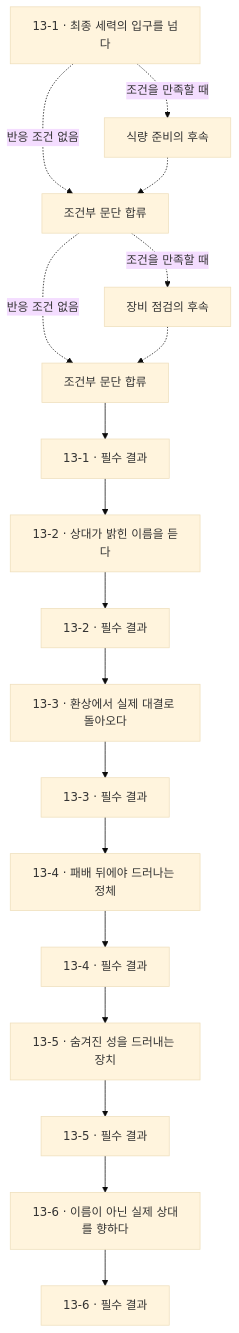
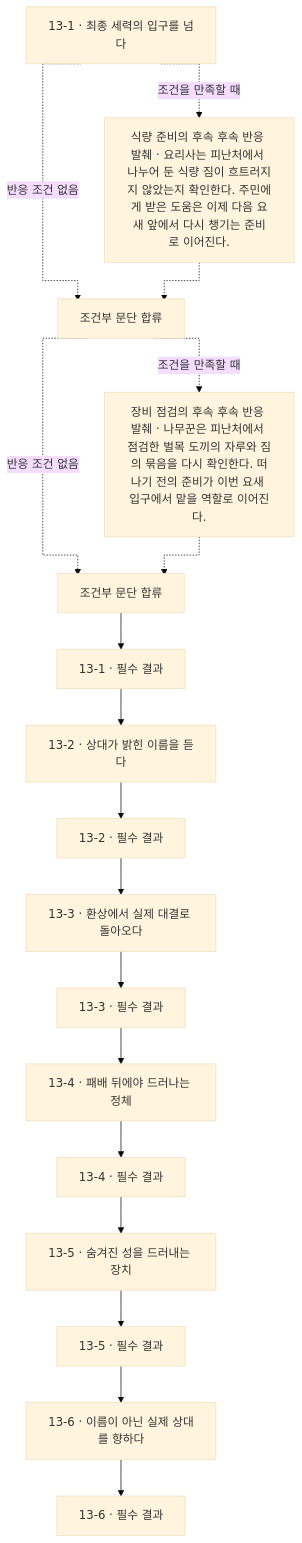
Diagram 15 of 17 in novel/writing/publication/generated/flow.md (obmaz/lore), drawn with Mermaid (base theme) before and after one commit. The commit also changed other lines of this file and 20 other files, not shown here.

Commit message:
Show branch outcomes and route graph memory links orthogonally

````diff
--- a/novel/writing/publication/generated/flow.md
+++ b/novel/writing/publication/generated/flow.md
@@ -667,36 +681,37 @@
 ```mermaid
+%%{init: {"flowchart": {"curve": "stepAfter"}}}%%
 flowchart TB
   n81d8bac32a590360["13-1 · 최종 세력의 입구를 넘다"]
-  n2f2d0ba141ce8980["식량 준비의 후속"]
+  n2f2d0ba141ce8980["식량 준비의 후속 후속 반응 발췌 · 요리사는 피난처에서 나누어 둔 식량 짐이 흐트러지지 않았는지 확인한다. 주민에게 받은 도움은 이제 다음 요새 앞에서 다시 챙기는 준비로 이어진다."]
   n53ca9654d715adef["조건부 문단 합류"]
-  n87d6cc883efe586d["장비 점검의 후속"]
+  n87d6cc883efe586d["장비 점검의 후속 후속 반응 발췌 · 나무꾼은 피난처에서 점검한 벌목 도끼의 자루와 짐의 묶음을 다시 확인한다. 떠나기 전의 준비가 이번 요새 입구에서 맡을 역할로 이어진다."]
   ne109cdf8e6236721["조건부 문단 합류"]
   n5bb01d3b2c82dbea["13-1 · 필수 결과"]
   n30a7213936d3b858["13-2 · 상대가 밝힌 이름을 듣다"]
   n68a77eeecbc58433["13-2 · 필수 결과"]
   n4ab8d6401d6f3e1c["13-3 · 환상에서 실제 대결로 돌아오다"]
   nae478575330a46ca["13-3 · 필수 결과"]
   n26a458ff26aa02de["13-4 · 패배 뒤에야 드러나는 정체"]
   na6f1567fccfa72fa["13-4 · 필수 결과"]
   nd8f9b1ada7a89f98["13-5 · 숨겨진 성을 드러내는 장치"]
   n40a701b86a68bc0d["13-5 · 필수 결과"]
   n8c939f93e34886ac["13-6 · 이름이 아닌 실제 상대를 향하다"]
   n01c2ba57a9743093["13-6 · 필수 결과"]
   n81d8bac32a590360 -.->|조건을 만족할 때| n2f2d0ba141ce8980
   n81d8bac32a590360 -.->|반응 조건 없음| n53ca9654d715adef
   n2f2d0ba141ce8980 -.-> n53ca9654d715adef
   n53ca9654d715adef -.->|조건을 만족할 때| n87d6cc883efe586d
   n53ca9654d715adef -.->|반응 조건 없음| ne109cdf8e6236721
   n87d6cc883efe586d -.-> ne109cdf8e6236721
   ne109cdf8e6236721 --> n5bb01d3b2c82dbea
   n30a7213936d3b858 --> n68a77eeecbc58433
   n5bb01d3b2c82dbea --> n30a7213936d3b858
   n4ab8d6401d6f3e1c --> nae478575330a46ca
   n68a77eeecbc58433 --> n4ab8d6401d6f3e1c
   n26a458ff26aa02de --> na6f1567fccfa72fa
   nae478575330a46ca --> n26a458ff26aa02de
   nd8f9b1ada7a89f98 --> n40a701b86a68bc0d
   na6f1567fccfa72fa --> nd8f9b1ada7a89f98
   n8c939f93e34886ac --> n01c2ba57a9743093
   n40a701b86a68bc0d --> n8c939f93e34886ac
 ```
````
